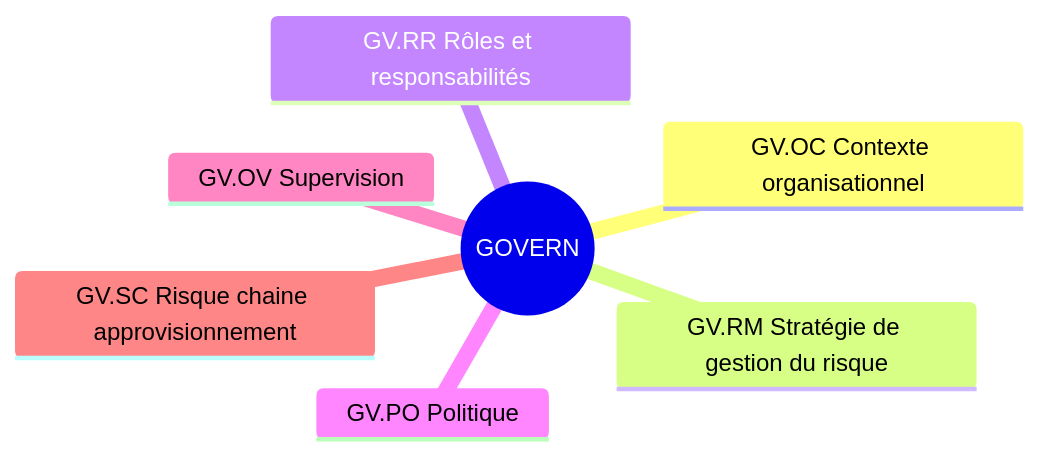
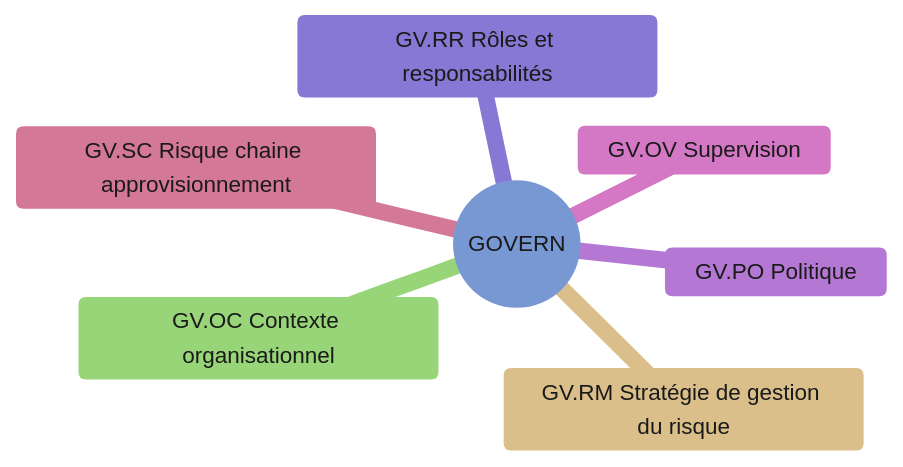
Before and after one commit to cchopin/Jedha-cybersec-fullstack: the third of 10 diagrams in 12_governance_risk_compliance/grc.md, drawn with Mermaid. The commit also changed other lines of this file, not shown here.

````diff
--- a/12_governance_risk_compliance/grc.md
+++ b/12_governance_risk_compliance/grc.md
@@ -87,10 +89,11 @@
 ```mermaid
+%%{init: {'theme':'base', 'themeVariables': {'primaryColor':'#D9E2F3','primaryTextColor':'#1A1A1A','primaryBorderColor':'#2E5AAC','lineColor':'#555555','fontSize':'15px','textColor':'#1A1A1A','mainBkg':'#D9E2F3'}}}%%
 mindmap
   root((GOVERN))
     GV.OC Contexte organisationnel
     GV.RM Stratégie de gestion du risque
     GV.RR Rôles et responsabilités
     GV.PO Politique
     GV.OV Supervision
     GV.SC Risque chaine approvisionnement
 ```
````
